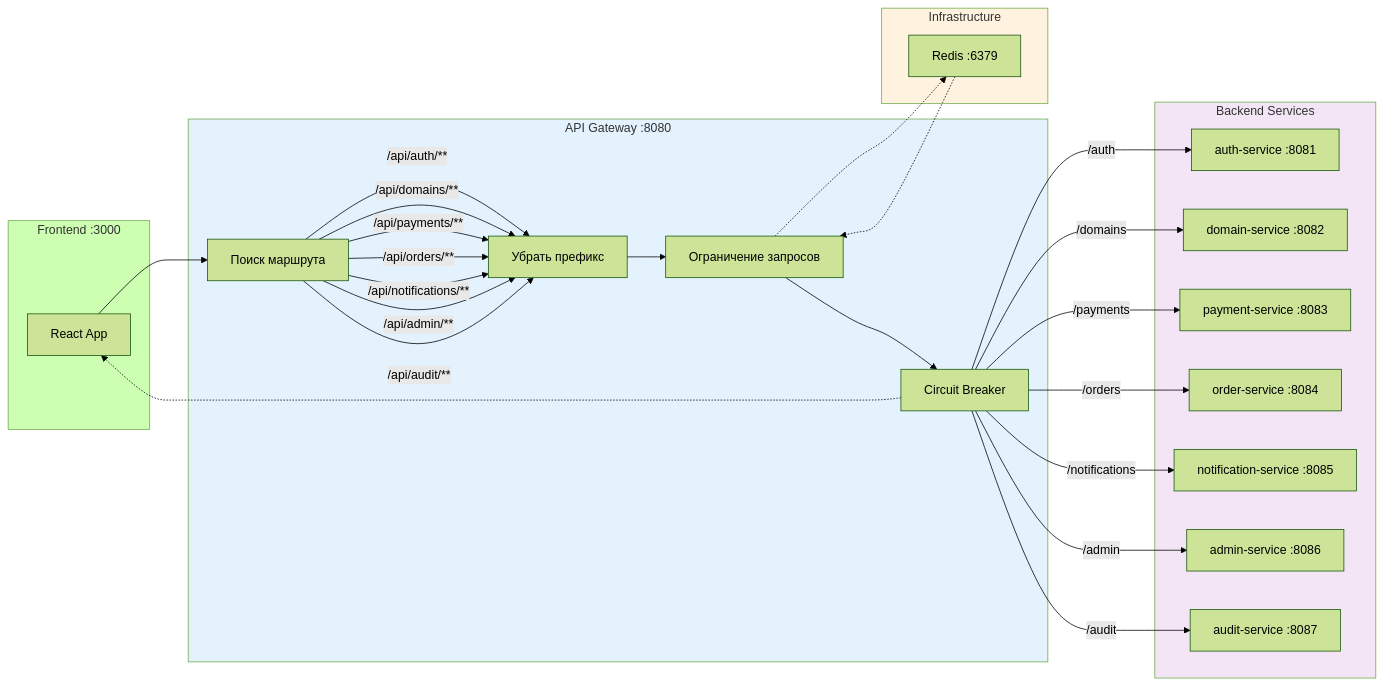
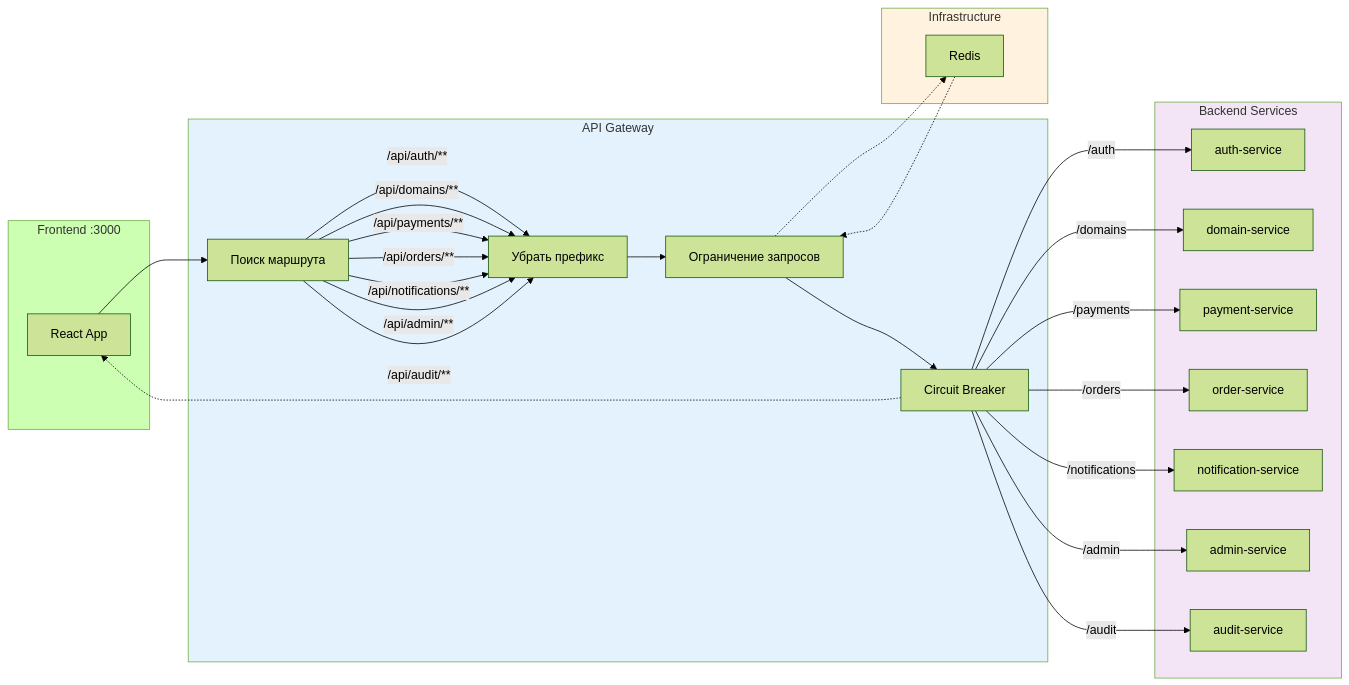
Before and after one commit to PawKorchagin/hrofos-domain-register: the third of 3 diagrams in api-gateway/README.md, drawn with Mermaid (forest theme). The commit also changed other lines of this file and 7 other files, not shown here.

````diff
--- a/api-gateway/README.md
+++ b/api-gateway/README.md
@@ -169,57 +206,57 @@
 ```mermaid
 flowchart LR
-    subgraph Frontend["Frontend :3000"]
+    subgraph FrontendLane["         Frontend :3000"]
         Client[React App]
     end
 
-    subgraph Gateway["API Gateway :8080"]
+    subgraph GatewayLane["         API Gateway"]
         Router[Поиск маршрута]
         Stripper[Убрать префикс]
         RLim[Ограничение запросов]
         CB[Circuit Breaker]
     end
 
-    subgraph Backend["Backend Services"]
-        AuthS["auth-service :8081"]
-        DomainS["domain-service :8082"]
-        PaymentS["payment-service :8083"]
-        OrderS["order-service :8084"]
-        NotifS["notification-service :8085"]
-        AdminS["admin-service :8086"]
-        AuditS["audit-service :8087"]
+    subgraph BackendLane["         Backend Services"]
+        AuthS["auth-service"]
+        DomainS["domain-service"]
+        PaymentS["payment-service"]
+        OrderS["order-service"]
+        NotifS["notification-service"]
+        AdminS["admin-service"]
+        AuditS["audit-service"]
     end
 
-    subgraph Infra["Infrastructure"]
-        Redis["Redis :6379"]
+    subgraph InfraLane["         Infrastructure"]
+        Redis["Redis"]
     end
 
     Client --> Router
 
     Router -->|/api/auth/**| Stripper
     Router -->|/api/domains/**| Stripper
     Router -->|/api/payments/**| Stripper
     Router -->|/api/orders/**| Stripper
     Router -->|/api/notifications/**| Stripper
     Router -->|/api/admin/**| Stripper
     Router -->|/api/audit/**| Stripper
 
     Stripper --> RLim
     RLim -.-> Redis
     Redis -.-> RLim
 
     RLim --> CB
 
     CB -->|/auth| AuthS
     CB -->|/domains| DomainS
     CB -->|/payments| PaymentS
     CB -->|/orders| OrderS
     CB -->|/notifications| NotifS
     CB -->|/admin| AdminS
     CB -->|/audit| AuditS
 
     CB -.-> Client
 
-    style Gateway fill:#e3f2fd
-    style Backend fill:#f3e5f5
-    style Infra fill:#fff3e0
+    style GatewayLane fill:#e3f2fd
+    style BackendLane fill:#f3e5f5
+    style InfraLane fill:#fff3e0
 ```
````
